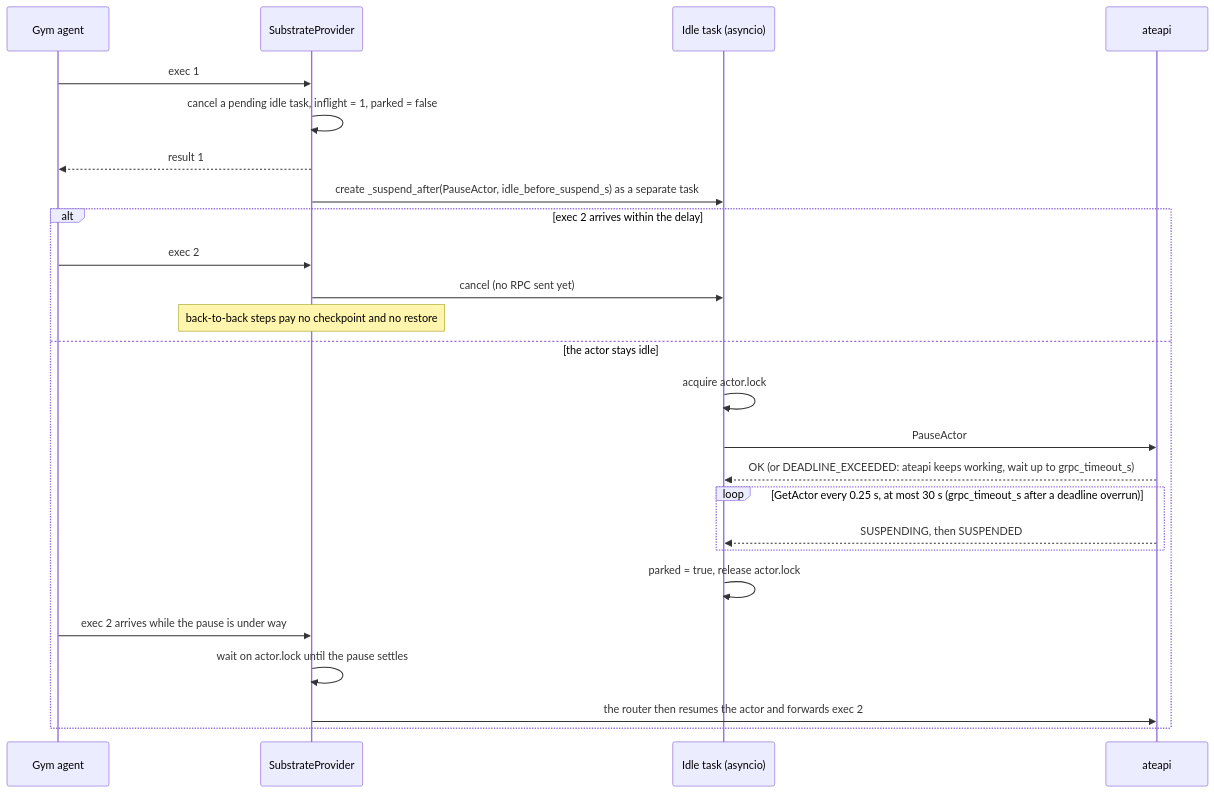
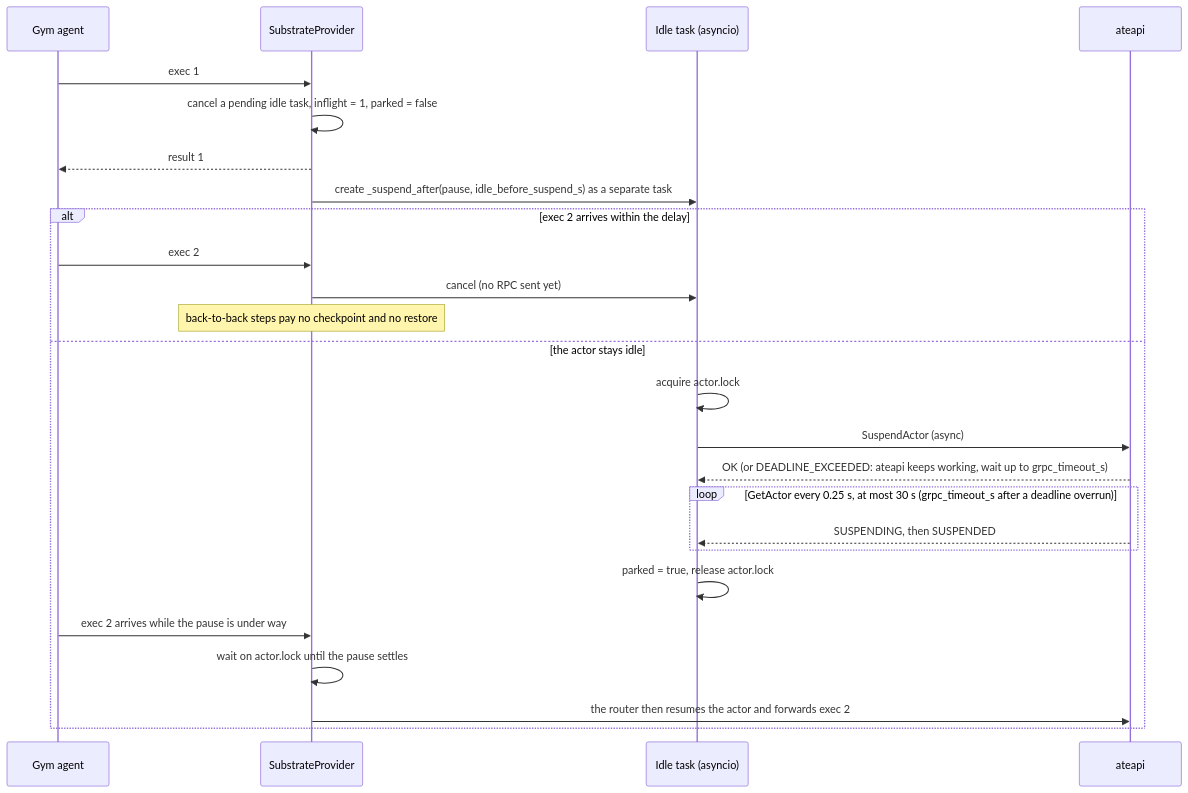
The fifth of 8 diagrams in docs/architecture.md (dims/gym-substrate), drawn with Mermaid before and after one commit. The commit also changed other lines of this file and 7 other files, not shown here.

````diff
--- a/docs/architecture.md
+++ b/docs/architecture.md
@@ -211,28 +211,28 @@
 ```mermaid
 sequenceDiagram
   participant G as Gym agent
   participant P as SubstrateProvider
   participant T as Idle task (asyncio)
   participant A as ateapi
 
   G->>P: exec 1
   P->>P: cancel a pending idle task, inflight = 1, parked = false
   P-->>G: result 1
-  P->>T: create _suspend_after(PauseActor, idle_before_suspend_s) as a separate task
+  P->>T: create _suspend_after(pause, idle_before_suspend_s) as a separate task
   alt exec 2 arrives within the delay
     G->>P: exec 2
     P->>T: cancel (no RPC sent yet)
     Note over P: back-to-back steps pay no checkpoint and no restore
   else the actor stays idle
     T->>T: acquire actor.lock
-    T->>A: PauseActor
+    T->>A: SuspendActor (async)
     A-->>T: OK (or DEADLINE_EXCEEDED: ateapi keeps working, wait up to grpc_timeout_s)
     loop GetActor every 0.25 s, at most 30 s (grpc_timeout_s after a deadline overrun)
       A-->>T: SUSPENDING, then SUSPENDED
     end
     T->>T: parked = true, release actor.lock
     G->>P: exec 2 arrives while the pause is under way
     P->>P: wait on actor.lock until the pause settles
     P->>A: the router then resumes the actor and forwards exec 2
   end
 ```
````
